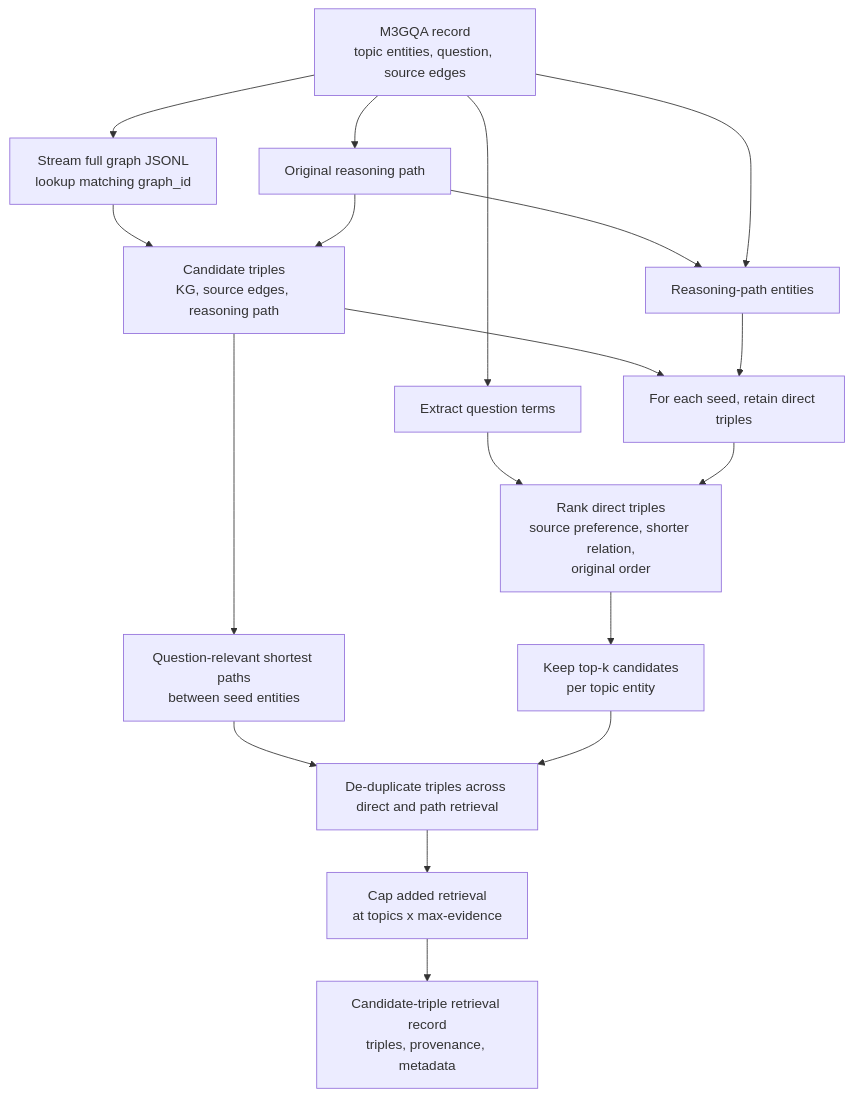
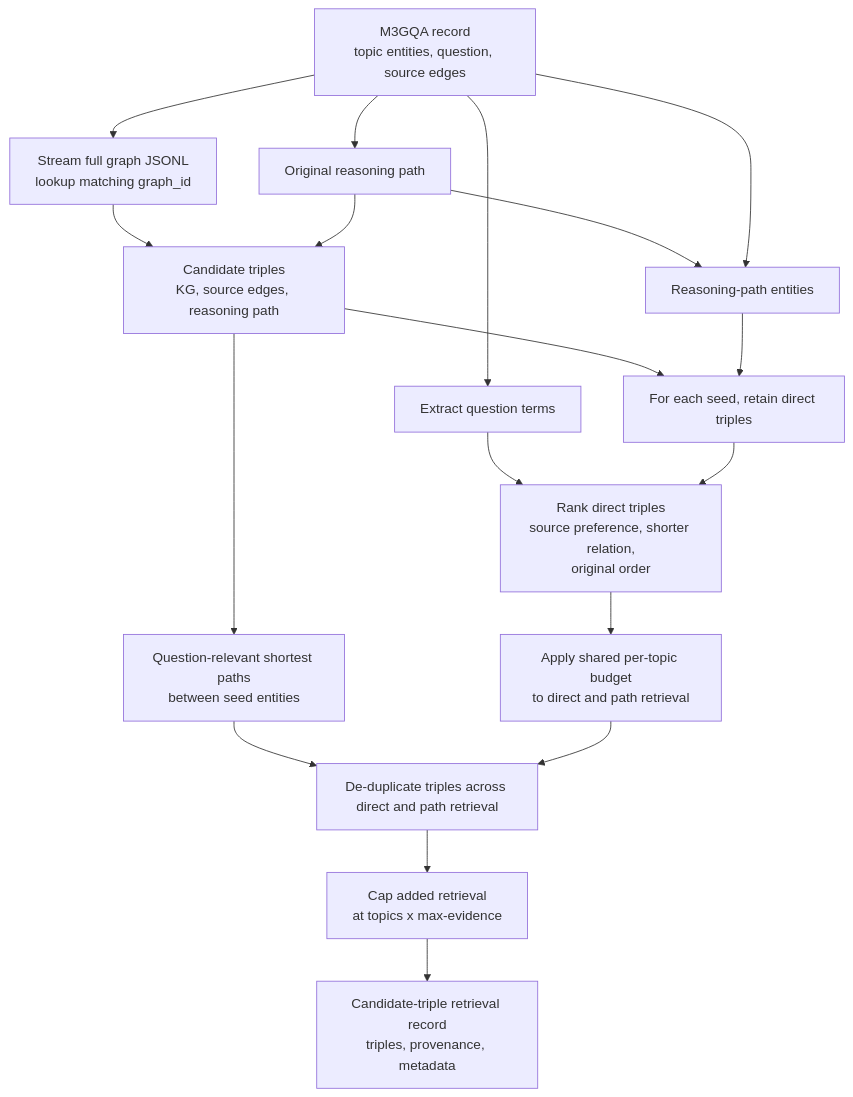
Before and after one commit to asep-fajar-firmansyah/KILT: the diagram in kilt_synmes/README.md, drawn with Mermaid. The commit also changed other lines of this file and 2 other files, not shown here.

Commit message:
update candidate triple retrieval module

````diff
--- a/kilt_synmes/README.md
+++ b/kilt_synmes/README.md
@@ -22,21 +21,21 @@
 ```mermaid
 flowchart TD
   split[M3GQA record\ntopic entities, question, source edges] --> graphLookup[Stream full graph JSONL\nlookup matching graph_id]
   split --> reasoning[Original reasoning path]
   graphLookup --> candidates[Candidate triples\nKG, source edges, reasoning path]
   reasoning --> candidates
   split --> queryTerms[Extract question terms]
 
   reasoning --> seeds[Reasoning-path entities]
   split --> seeds
   candidates --> direct[For each seed, retain direct triples]
   seeds --> direct
   queryTerms --> rank[Rank direct triples\nsource preference, shorter relation,\noriginal order]
   direct --> rank
-  rank --> topK[Keep top-k candidates\nper topic entity]
+  rank --> budget[Apply shared per-topic budget\nto direct and path retrieval]
   candidates --> paths[Question-relevant shortest paths\nbetween seed entities]
   paths --> dedupe[De-duplicate triples across direct and path retrieval]
-  topK --> dedupe
+  budget --> dedupe
   dedupe --> cap[Cap added retrieval\nat topics x max-evidence]
   cap --> retrieval[Candidate-triple retrieval record\ntriples, provenance, metadata]
 ```
````
